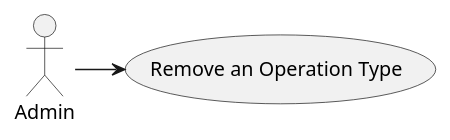
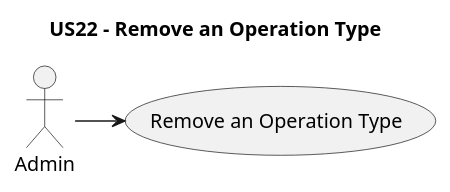
Before and after one commit to Ana6363/BackOffice: the diagram in docs/sprintA/global-artifacts/Level 1/Vista de Cenário/US5.1.22.puml, drawn with PlantUML. The commit also changed 17 other files, not shown here.

```diff
--- a/docs/sprintA/global-artifacts/Level 1/Vista de Cenário/US5.1.22.puml
+++ b/docs/sprintA/global-artifacts/Level 1/Vista de Cenário/US5.1.22.puml
@@ -1,10 +1,13 @@
 @startuml
 'https://plantuml.com/use-case-diagram
+
+title US22 - Remove an Operation Type
+
 
 :Admin: as Actor
 
 
 Actor -> (Remove an Operation Type)
 
 
 @enduml
```
